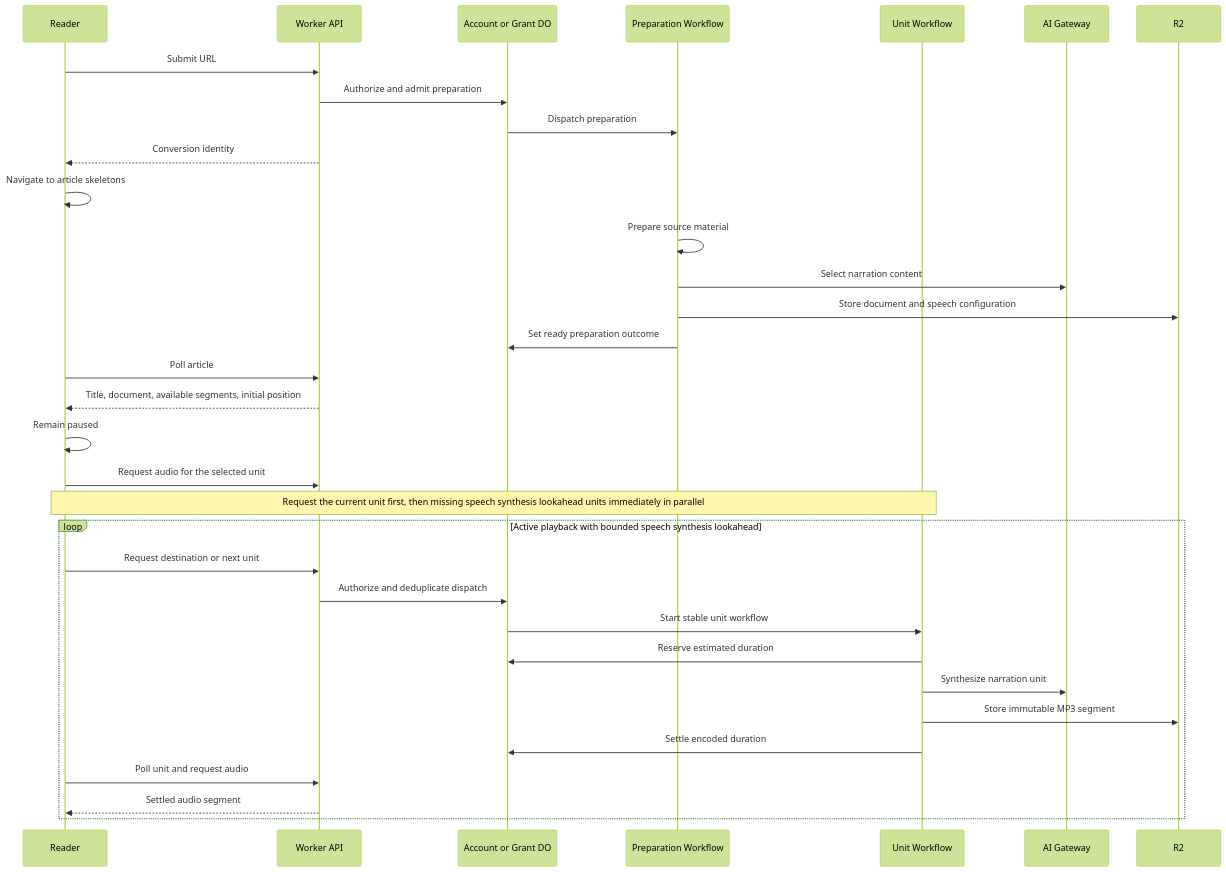
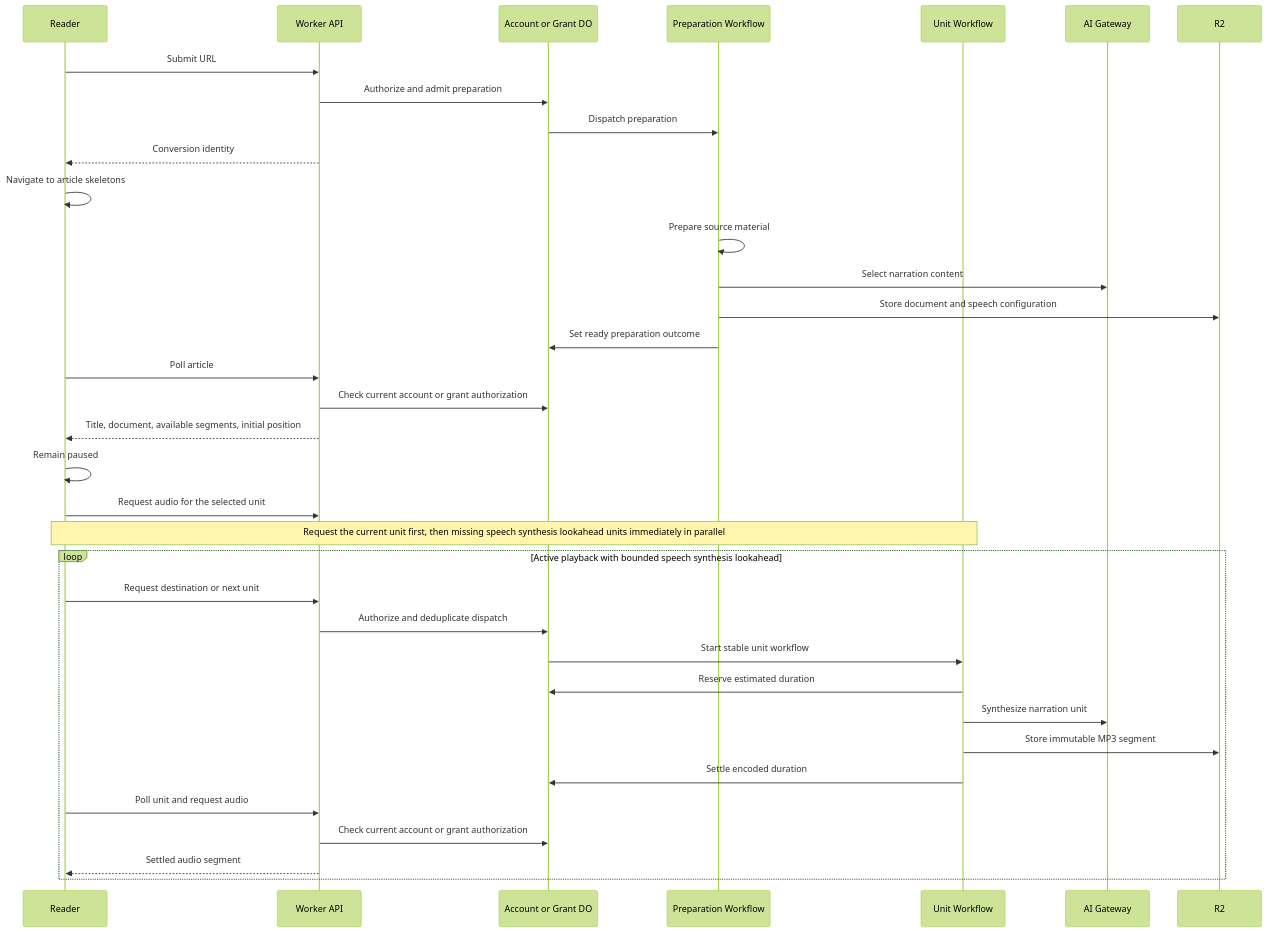
One commit to patricktree/cup changed the diagram in docs/architecture/conversion.md. Above: the diagram before and after it, drawn with Mermaid (forest theme). The commit also changed other lines of this file and 19 other files, not shown here.

````diff
--- a/docs/architecture/conversion.md
+++ b/docs/architecture/conversion.md
@@ -7,35 +7,37 @@
 ```mermaid
 sequenceDiagram
     participant Client as Reader
     participant API as Worker API
     participant Owner as Account or Grant DO
     participant Preparation as Preparation Workflow
     participant Unit as Unit Workflow
     participant AI as AI Gateway
     participant R2
     Client->>API: Submit URL
     API->>Owner: Authorize and admit preparation
     Owner->>Preparation: Dispatch preparation
     API-->>Client: Conversion identity
     Client->>Client: Navigate to article skeletons
     Preparation->>Preparation: Prepare source material
     Preparation->>AI: Select narration content
     Preparation->>R2: Store document and speech configuration
     Preparation->>Owner: Set ready preparation outcome
     Client->>API: Poll article
+    API->>Owner: Check current account or grant authorization
     API-->>Client: Title, document, available segments, initial position
     Client->>Client: Remain paused
     Client->>API: Request audio for the selected unit
     Note over Client,Unit: Request the current unit first, then missing speech synthesis lookahead units immediately in parallel
     loop Active playback with bounded speech synthesis lookahead
         Client->>API: Request destination or next unit
         API->>Owner: Authorize and deduplicate dispatch
         Owner->>Unit: Start stable unit workflow
         Unit->>Owner: Reserve estimated duration
         Unit->>AI: Synthesize narration unit
         Unit->>R2: Store immutable MP3 segment
         Unit->>Owner: Settle encoded duration
         Client->>API: Poll unit and request audio
+        API->>Owner: Check current account or grant authorization
         API-->>Client: Settled audio segment
     end
 ```
````
